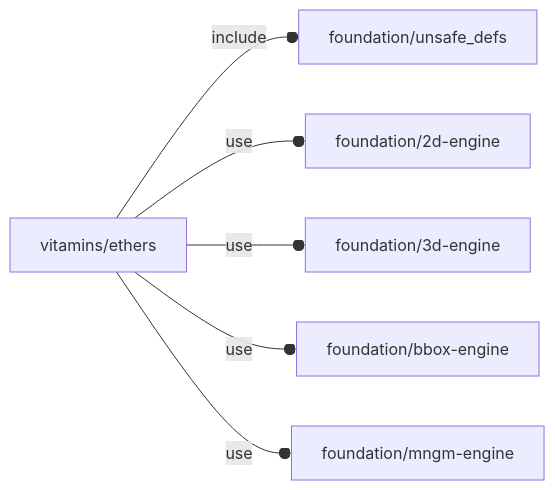
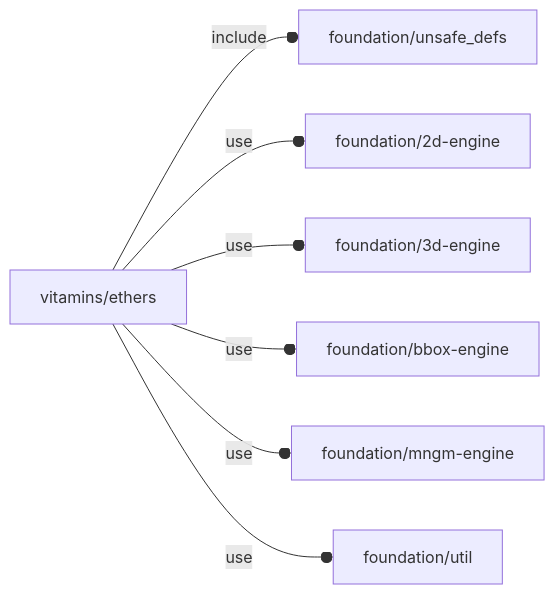
The diagram in orthodocs/vitamins/ethers.md (ggabbiani/OFL), drawn with Mermaid before and after one commit. The commit also changed other lines of this file and 10 other files, not shown here.

````diff
--- a/orthodocs/vitamins/ethers.md
+++ b/orthodocs/vitamins/ethers.md
@@ -5,8 +5,9 @@
 ```mermaid
 graph LR
     A1[vitamins/ethers] --o|include| A2[foundation/unsafe_defs]
     A1 --o|use| A3[foundation/2d-engine]
     A1 --o|use| A4[foundation/3d-engine]
     A1 --o|use| A5[foundation/bbox-engine]
     A1 --o|use| A6[foundation/mngm-engine]
+    A1 --o|use| A7[foundation/util]
 ```
````
